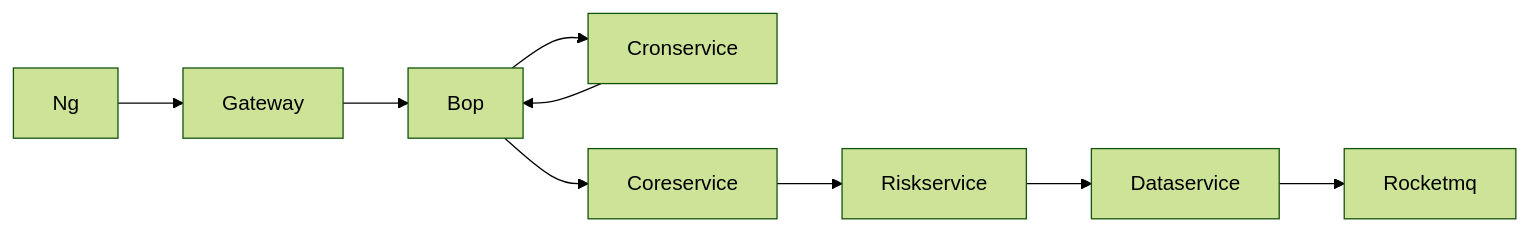
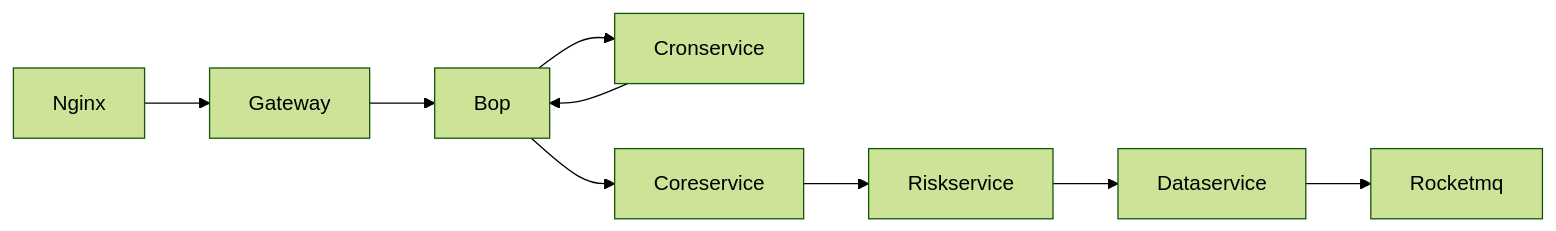
Before and after one commit to KindlingProject/space-capsule: the third of 3 diagrams in README.md, drawn with Mermaid (forest theme). The commit also changed other lines of this file, not shown here.

````diff
--- a/README.md
+++ b/README.md
@@ -72,11 +72,11 @@
 ```mermaid
 graph LR;
-    Ng-->Gateway;
+    Nginx-->Gateway;
     Gateway-->Bop;
     Bop-->Cronservice;
     Cronservice-->Bop;
     Bop-->Coreservice;
     Coreservice-->Riskservice;
     Riskservice-->Dataservice;
     Dataservice-->Rocketmq;
 ```
````
